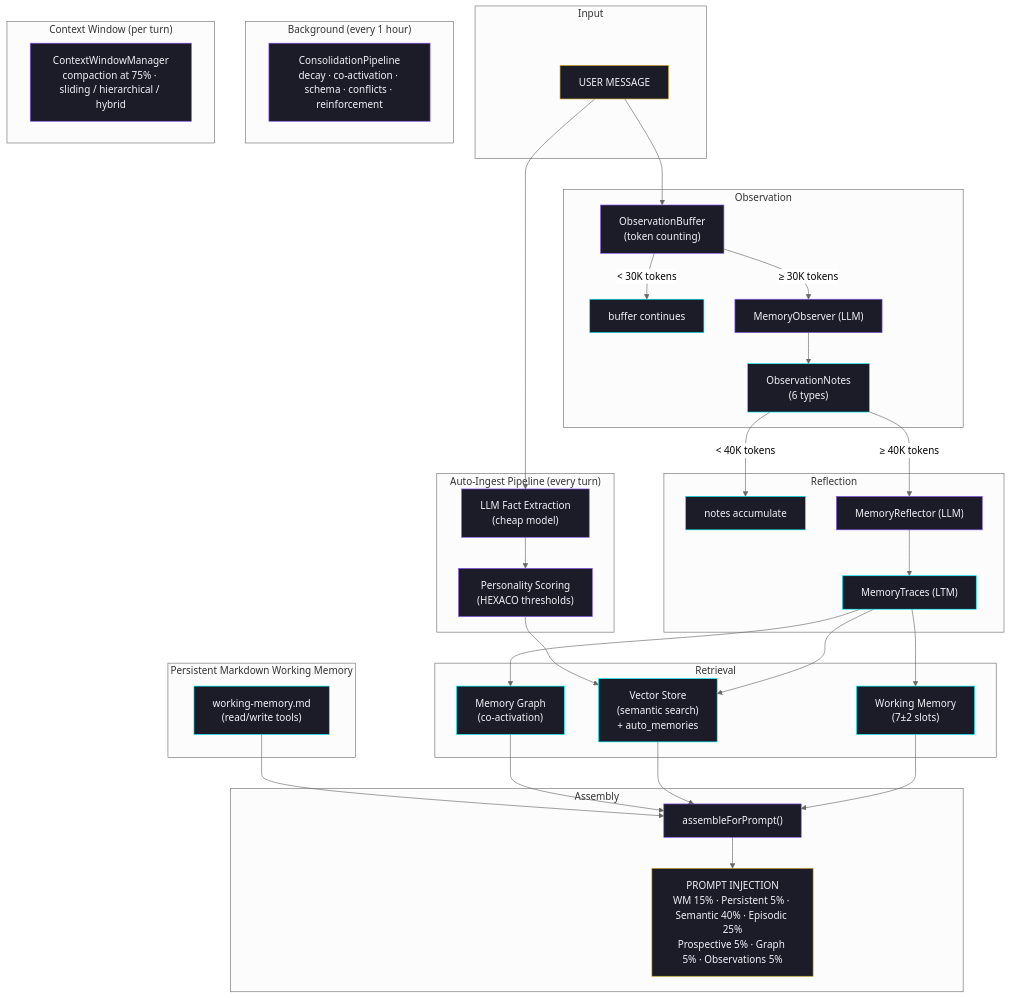
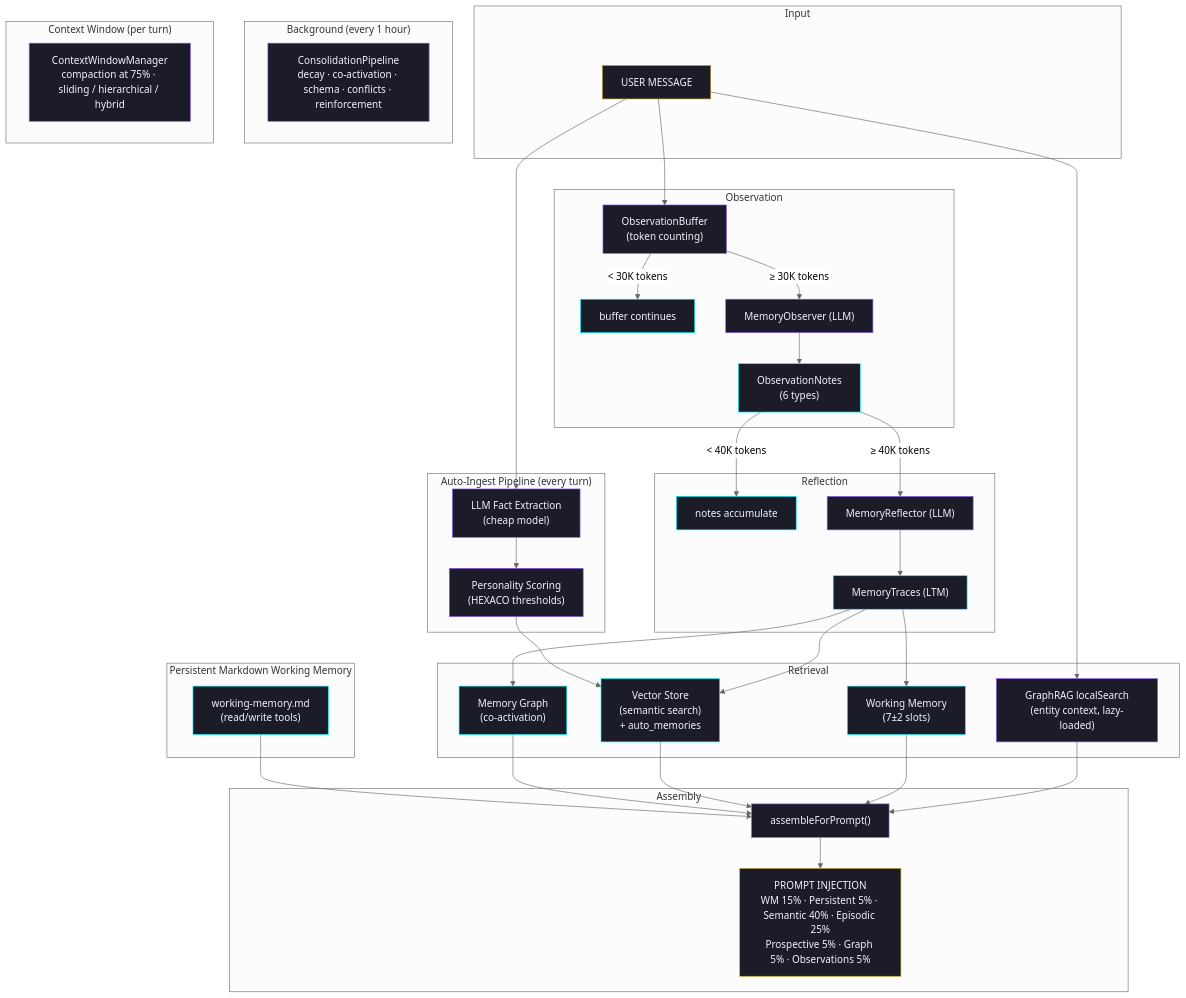
Before and after one commit to jddunn/wunderland-live-docs: the second of 2 diagrams in docs/guides/memory-architecture.md, drawn with Mermaid (neutral theme).

Commit message:
docs: show GraphRAG query in memory architecture diagram

````diff
--- a/docs/guides/memory-architecture.md
+++ b/docs/guides/memory-architecture.md
@@ -330,70 +330,73 @@
 ```mermaid
 graph TD
     subgraph Input
         A["USER MESSAGE"]:::primary
     end
 
     subgraph Observation
         B["ObservationBuffer\n(token counting)"]:::processing
         C["buffer continues"]:::memory
         D["MemoryObserver (LLM)"]:::processing
         E["ObservationNotes\n(6 types)"]:::memory
     end
 
     subgraph Reflection
         F["notes accumulate"]:::memory
         G["MemoryReflector (LLM)"]:::processing
         H["MemoryTraces (LTM)"]:::memory
     end
 
     subgraph AutoIngest["Auto-Ingest Pipeline (every turn)"]
         P["LLM Fact Extraction\n(cheap model)"]:::processing
         Q["Personality Scoring\n(HEXACO thresholds)"]:::processing
     end
 
     subgraph PersistentWM["Persistent Markdown Working Memory"]
         R["working-memory.md\n(read/write tools)"]:::memory
     end
 
     subgraph Retrieval
         I["Memory Graph\n(co-activation)"]:::memory
         J["Vector Store\n(semantic search)\n+ auto_memories"]:::memory
         K["Working Memory\n(7±2 slots)"]:::memory
+        S["GraphRAG localSearch\n(entity context, lazy-loaded)"]:::processing
     end
 
     subgraph Assembly
         L["assembleForPrompt()"]:::processing
         M["PROMPT INJECTION\nWM 15% · Persistent 5% · Semantic 40% · Episodic 25%\nProspective 5% · Graph 5% · Observations 5%"]:::primary
     end
 
     subgraph Background["Background (every 1 hour)"]
         N["ConsolidationPipeline\ndecay · co-activation · schema · conflicts · reinforcement"]:::processing
     end
 
     subgraph Context["Context Window (per turn)"]
         O["ContextWindowManager\ncompaction at 75% · sliding / hierarchical / hybrid"]:::processing
     end
 
     A --> B
     A --> P
     P --> Q
     Q --> J
     B -- "< 30K tokens" --> C
     B -- "≥ 30K tokens" --> D
     D --> E
     E -- "< 40K tokens" --> F
     E -- "≥ 40K tokens" --> G
     G --> H
     H --> I
     H --> J
     H --> K
     R --> L
     I --> L
     J --> L
     K --> L
+    A --> S
+    S --> L
     L --> M
 
     classDef primary fill:#1c1c28,stroke:#c9a227,color:#f2f2fa
     classDef memory fill:#1c1c28,stroke:#00f5ff,color:#f2f2fa
     classDef processing fill:#1c1c28,stroke:#8b5cf6,color:#f2f2fa
 ```
````
